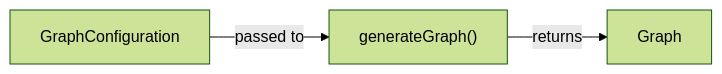
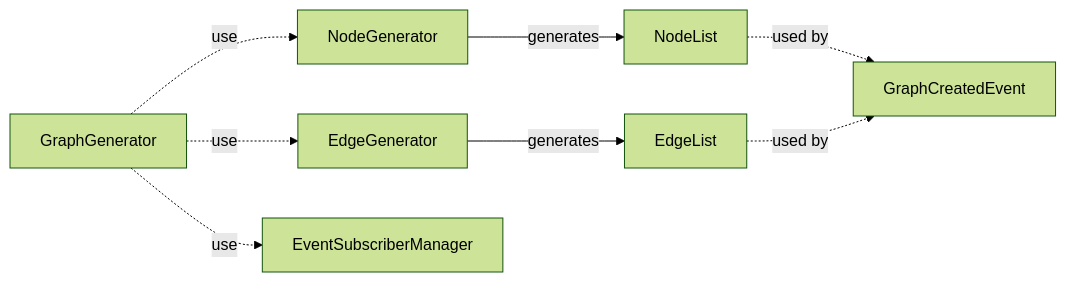
Before and after one commit to lcov29/algorithm-visualizer: the third of 4 diagrams in packages/implementations/data-structures/graph/README.md, drawn with Mermaid (forest theme). The commit also changed other lines of this file and 3 other files, not shown here.

Commit message:
feat: update graph generator to act as an event emitter

````diff
--- a/packages/implementations/data-structures/graph/README.md
+++ b/packages/implementations/data-structures/graph/README.md
@@ -49,8 +60,14 @@
 ```mermaid
 flowchart LR
-  A[GraphConfiguration]
-  B["generateGraph()"]
-  C[Graph]
-  A -- passed to --> B
-  B -- returns --> C
+  A[GraphGenerator]
+  B[NodeGenerator]
+  C[EdgeGenerator]
+  D[EventSubscriberManager]
+  E[NodeList]
+  F[EdgeList]
+  G[GraphCreatedEvent]
+  A -. use .-> B & C & D
+  B -- generates --> E
+  C -- generates --> F
+  E & F -. used by .-> G
 ```
````
